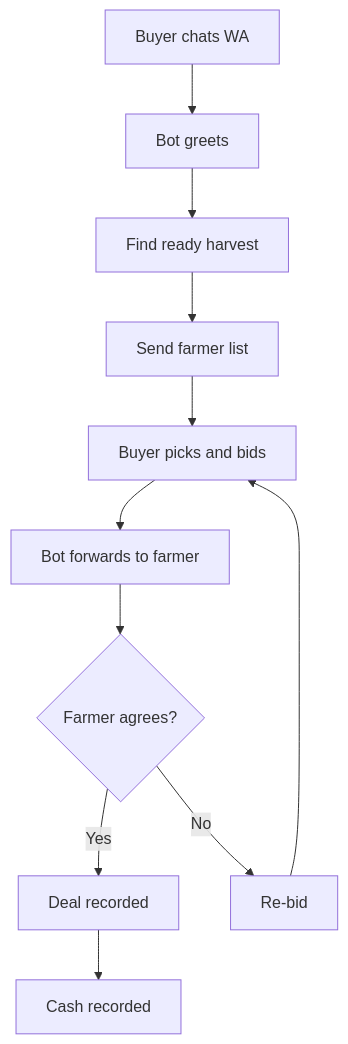
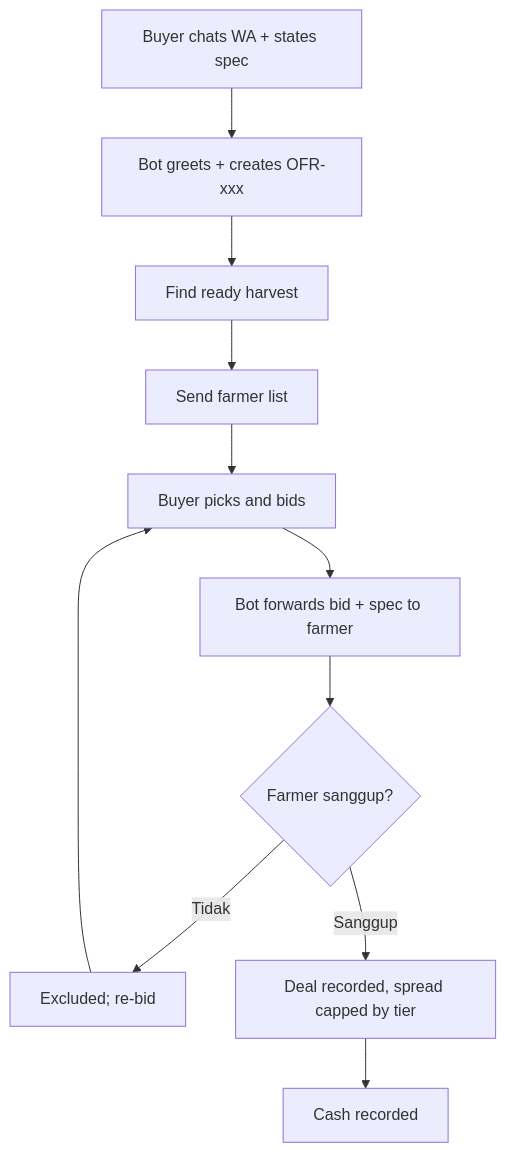
The diagram in README.md (WawaGanteng13/hai-tani-release), drawn with Mermaid before and after one commit. The commit also changed other lines of this file and 7 other files, not shown here.

First line of the commit message:
Submission audit: debrand, archive legacy docs, spec flow, contribution update

````diff
--- a/README.md
+++ b/README.md
@@ -40,13 +40,13 @@
 ```mermaid
 flowchart TD
-    A[Buyer chats WA] --> B[Bot greets]
+    A[Buyer chats WA + states spec] --> B[Bot greets + creates OFR-xxx]
     B --> C[Find ready harvest]
     C --> D[Send farmer list]
     D --> E[Buyer picks and bids]
-    E --> F[Bot forwards to farmer]
-    F --> G{Farmer agrees?}
-    G -->|Yes| H[Deal recorded]
-    G -->|No| I[Re-bid]
+    E --> F[Bot forwards bid + spec to farmer]
+    F --> G{Farmer sanggup?}
+    G -->|Tidak| I[Excluded; re-bid]
     I --> E
+    G -->|Sanggup| H[Deal recorded, spread capped by tier]
     H --> J[Cash recorded]
 ```
````
